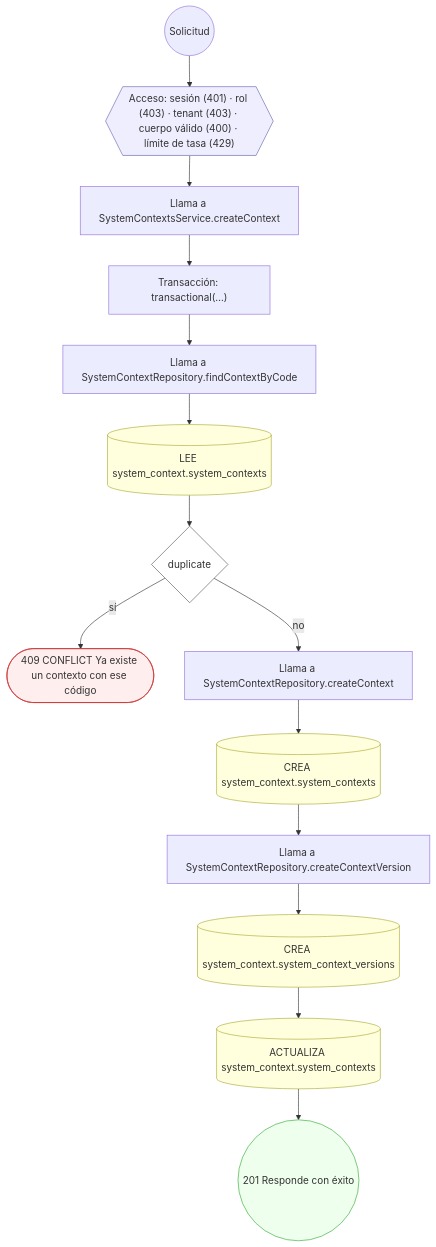
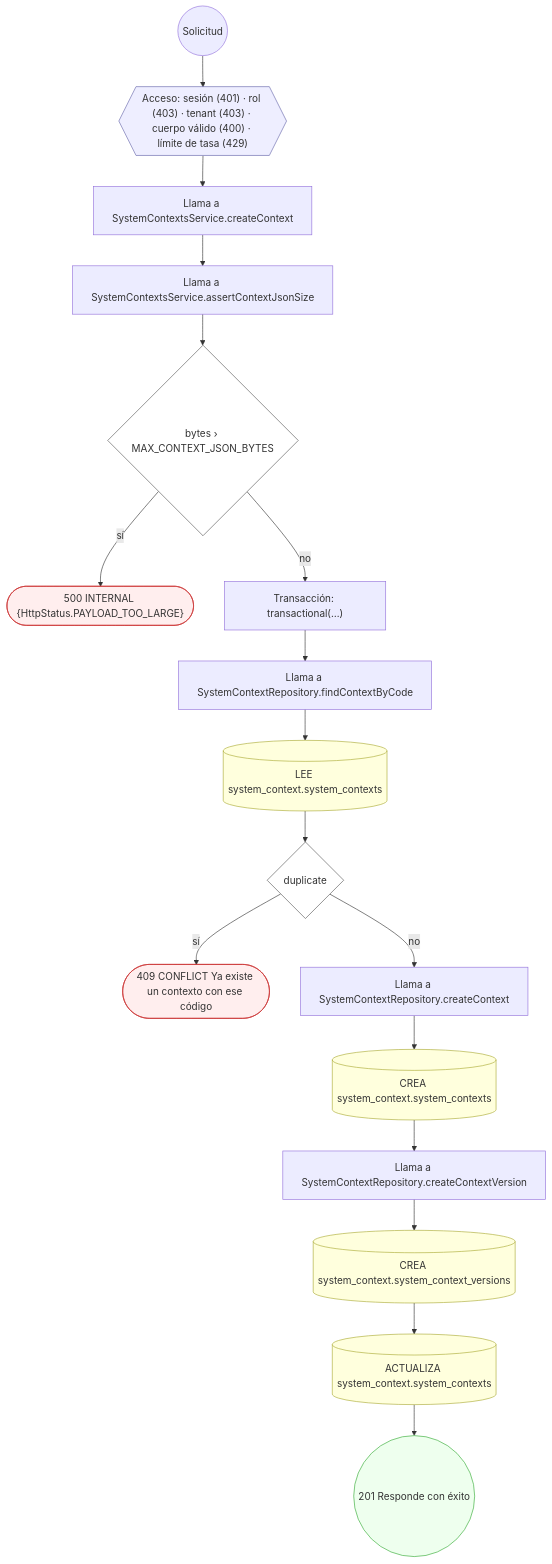
One commit to mdavila-2001/mantra-core-health-api changed the second of 13 diagrams in docs/inventario/flujos/system_context.md. Above: the diagram before and after it, drawn with Mermaid. The commit also changed other lines of this file and 438 other files, not shown here.

````diff
--- a/docs/inventario/flujos/system_context.md
+++ b/docs/inventario/flujos/system_context.md
@@ -212,36 +213,42 @@
 ```mermaid
 flowchart TD
   n1(("Solicitud")):::inicio
   n2{{"Acceso: sesión (401) · rol (403) · tenant (403) · cuerpo válido (400) · límite de tasa (429)"}}:::acceso
   n1 --> n2
   n3["Llama a SystemContextsService.createContext"]:::llamada
   n2 --> n3
-  n4["Transacción: transactional(…)"]:::transaccion
+  n4["Llama a SystemContextsService.assertContextJsonSize"]:::llamada
   n3 --> n4
-  n5["Llama a SystemContextRepository.findContextByCode"]:::llamada
+  n5{"bytes › MAX_CONTEXT_JSON_BYTES"}:::decision
   n4 --> n5
-  n6[("LEE system_context.system_contexts")]:::efecto
-  n5 --> n6
-  n7{"duplicate"}:::decision
-  n6 --> n7
-  n8(["409 CONFLICT Ya existe un contexto con ese código"]):::error
-  n7 -->|"sí"| n8
-  n9["Llama a SystemContextRepository.createContext"]:::llamada
-  n7 -->|"no"| n9
-  n10[("CREA system_context.system_contexts")]:::efecto
+  n6(["500 INTERNAL {HttpStatus.PAYLOAD_TOO_LARGE}"]):::error
+  n5 -->|"sí"| n6
+  n7["Transacción: transactional(…)"]:::transaccion
+  n5 -->|"no"| n7
+  n8["Llama a SystemContextRepository.findContextByCode"]:::llamada
+  n7 --> n8
+  n9[("LEE system_context.system_contexts")]:::efecto
+  n8 --> n9
+  n10{"duplicate"}:::decision
   n9 --> n10
-  n11["Llama a SystemContextRepository.createContextVersion"]:::llamada
-  n10 --> n11
-  n12[("CREA system_context.system_context_versions")]:::efecto
-  n11 --> n12
-  n13[("ACTUALIZA system_context.system_contexts")]:::efecto
+  n11(["409 CONFLICT Ya existe un contexto con ese código"]):::error
+  n10 -->|"sí"| n11
+  n12["Llama a SystemContextRepository.createContext"]:::llamada
+  n10 -->|"no"| n12
+  n13[("CREA system_context.system_contexts")]:::efecto
   n12 --> n13
-  n14(("201 Responde con éxito")):::ok
+  n14["Llama a SystemContextRepository.createContextVersion"]:::llamada
   n13 --> n14
+  n15[("CREA system_context.system_context_versions")]:::efecto
+  n14 --> n15
+  n16[("ACTUALIZA system_context.system_contexts")]:::efecto
+  n15 --> n16
+  n17(("201 Responde con éxito")):::ok
+  n16 --> n17
   classDef acceso fill:#eef,stroke:#66a
   classDef error fill:#fee,stroke:#c33
   classDef ok fill:#efe,stroke:#3a3
   classDef efecto fill:#ffd,stroke:#aa3
   classDef decision fill:#fff,stroke:#555
   classDef corte fill:#eee,stroke:#999,stroke-dasharray: 4
 ```
````
